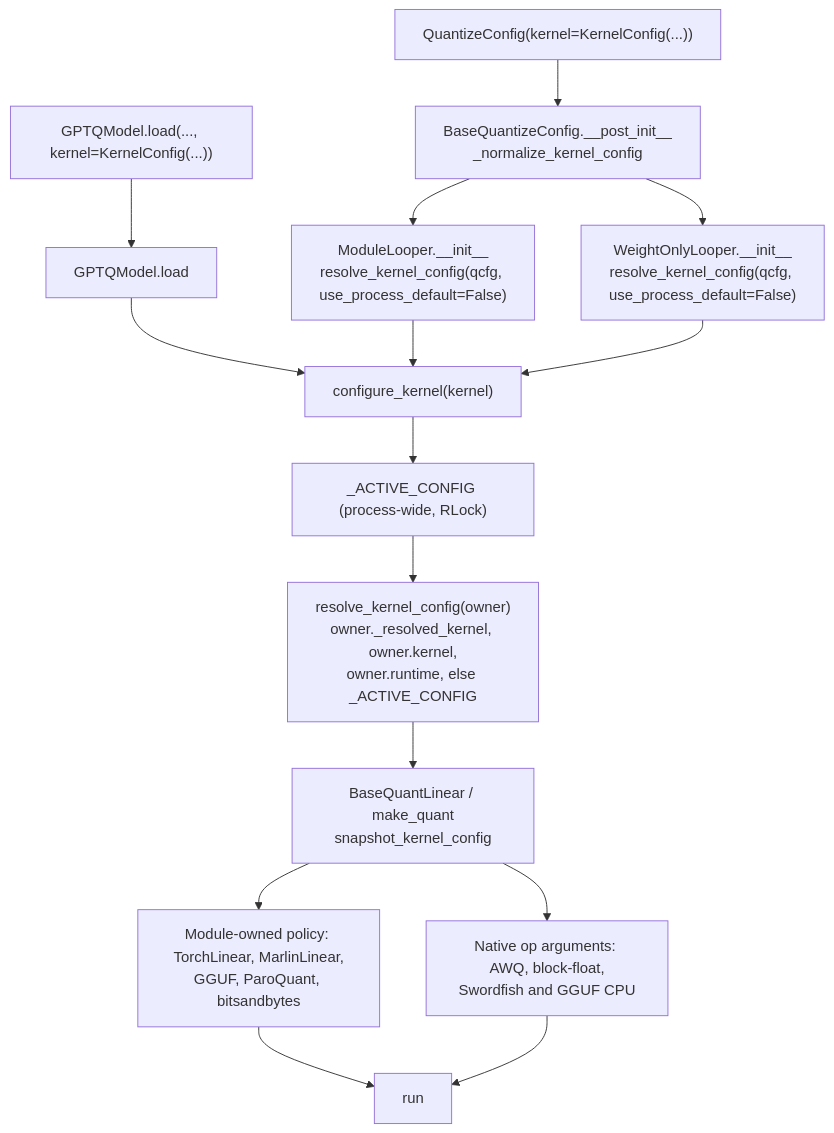
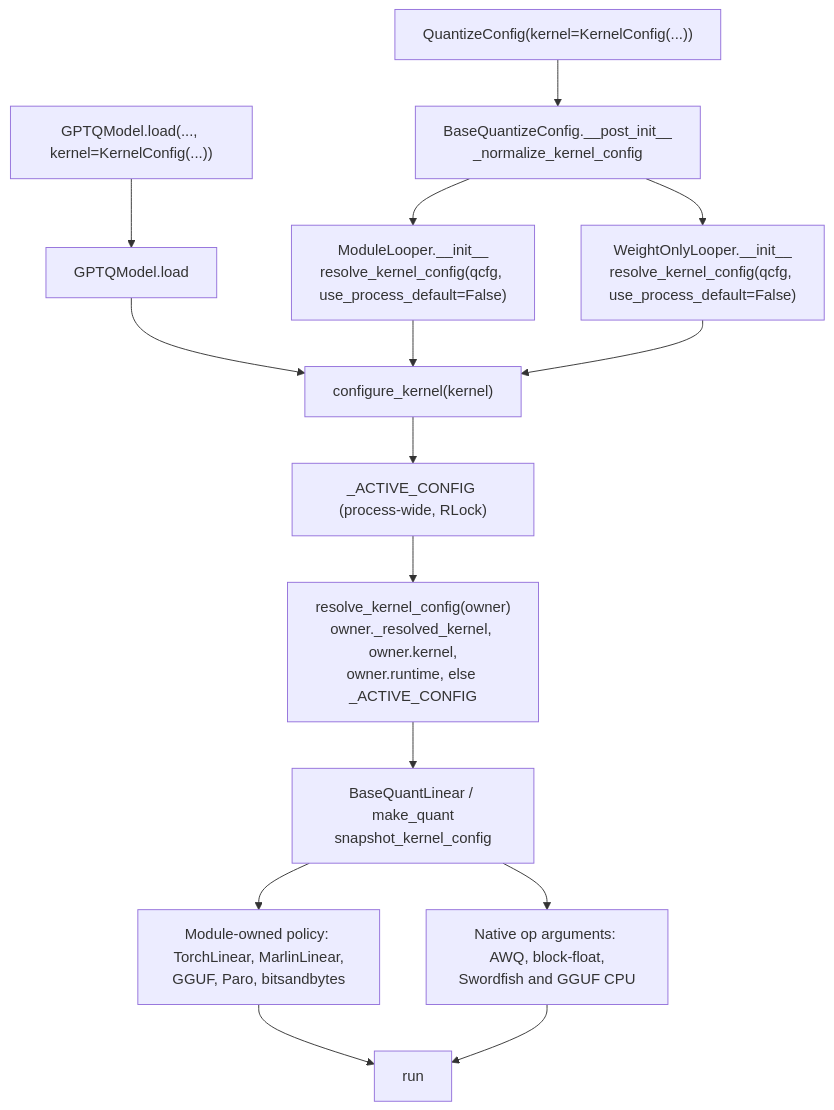
The first of 3 diagrams in docs/kernel-config.md (ModelCloud/GPTQModel), drawn with Mermaid before and after one commit. The commit also changed other lines of this file and 233 other files, not shown here.

Commit message:
refactor(paro): rename ParoQuant to Paro

````diff
--- a/docs/kernel-config.md
+++ b/docs/kernel-config.md
@@ -59,17 +59,17 @@
 ```mermaid
 flowchart TD
     A["QuantizeConfig(kernel=KernelConfig(...))"] --> B["BaseQuantizeConfig.__post_init__<br/>_normalize_kernel_config"]
     C["GPTQModel.load(..., kernel=KernelConfig(...))"] --> D["GPTQModel.load"]
     D --> E["configure_kernel(kernel)"]
     B --> F["ModuleLooper.__init__<br/>resolve_kernel_config(qcfg, use_process_default=False)"]
     B --> G["WeightOnlyLooper.__init__<br/>resolve_kernel_config(qcfg, use_process_default=False)"]
     F --> E
     G --> E
     E --> H["_ACTIVE_CONFIG (process-wide, RLock)"]
     H --> I["resolve_kernel_config(owner)<br/>owner._resolved_kernel, owner.kernel,<br/>owner.runtime, else _ACTIVE_CONFIG"]
     I --> M["BaseQuantLinear / make_quant<br/>snapshot_kernel_config"]
-    M --> J["Module-owned policy: TorchLinear, MarlinLinear,<br/>GGUF, ParoQuant, bitsandbytes"]
+    M --> J["Module-owned policy: TorchLinear, MarlinLinear,<br/>GGUF, Paro, bitsandbytes"]
     M --> K["Native op arguments: AWQ, block-float,<br/>Swordfish and GGUF CPU"]
     J --> L["run"]
     K --> L
 ```
````
